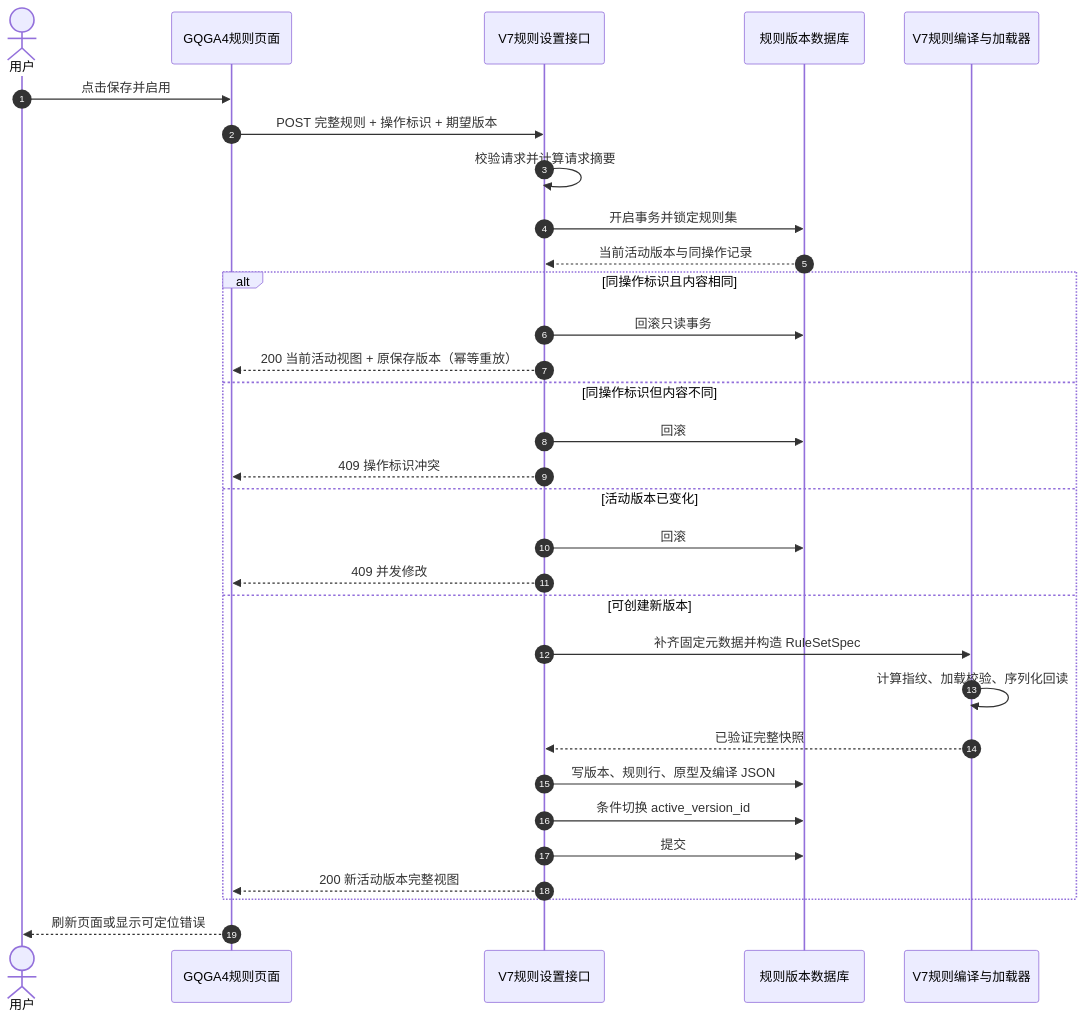
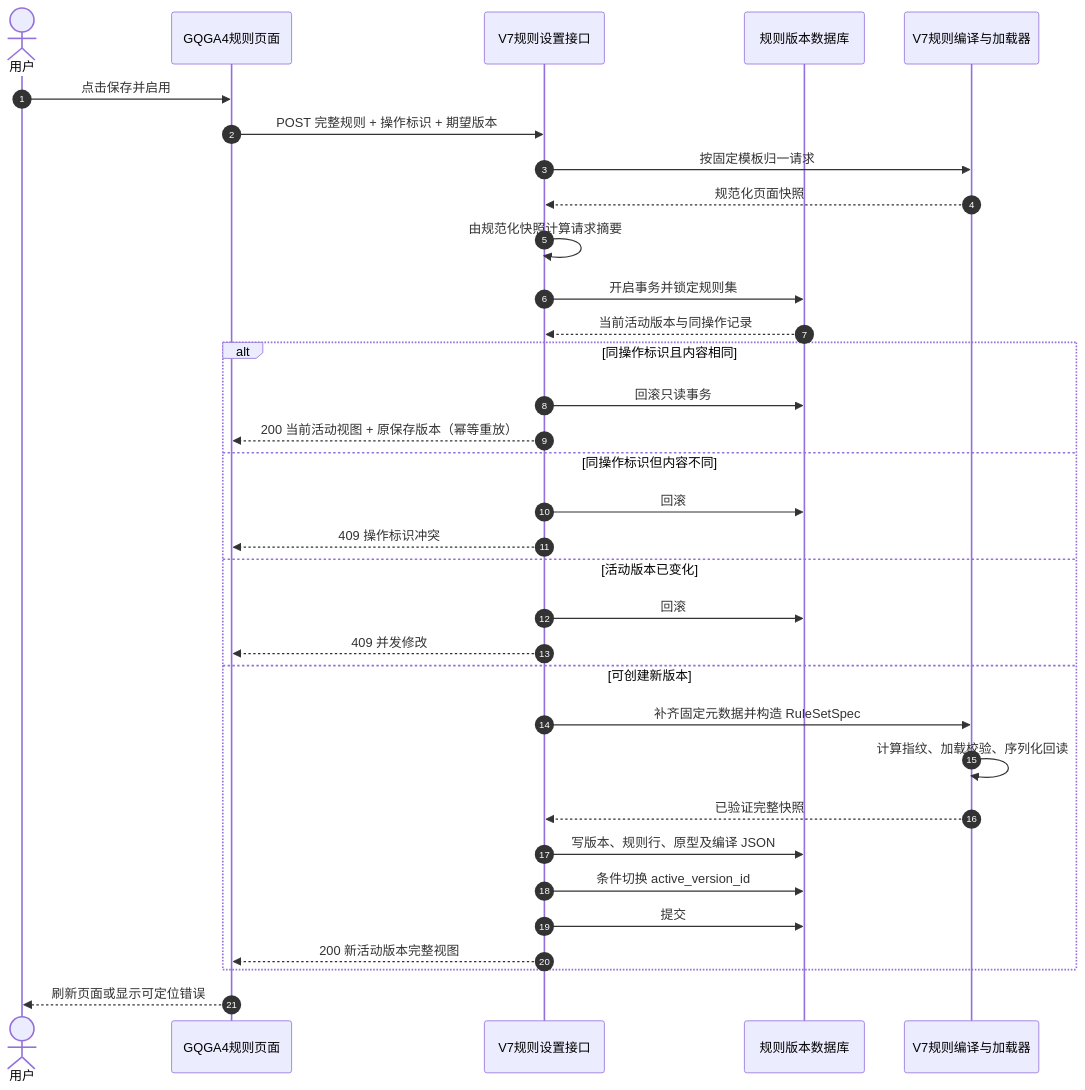
Before and after one commit to h3lper1024/APSGoV7: the diagram in docs/design/apsgo_v7_rule_setting_api_design.md, drawn with Mermaid. The commit also changed other lines of this file and 6 other files, not shown here.

````diff
--- a/docs/design/apsgo_v7_rule_setting_api_design.md
+++ b/docs/design/apsgo_v7_rule_setting_api_design.md
@@ -322,34 +324,36 @@
 ```mermaid
 sequenceDiagram
     autonumber
     actor User as 用户
     participant UI as GQGA4规则页面
     participant API as V7规则设置接口
     participant DB as 规则版本数据库
     participant Compiler as V7规则编译与加载器
 
     User->>UI: 点击保存并启用
     UI->>API: POST 完整规则 + 操作标识 + 期望版本
-    API->>API: 校验请求并计算请求摘要
+    API->>Compiler: 按固定模板归一请求
+    Compiler-->>API: 规范化页面快照
+    API->>API: 由规范化快照计算请求摘要
     API->>DB: 开启事务并锁定规则集
     DB-->>API: 当前活动版本与同操作记录
     alt 同操作标识且内容相同
         API->>DB: 回滚只读事务
         API-->>UI: 200 当前活动视图 + 原保存版本（幂等重放）
     else 同操作标识但内容不同
         API->>DB: 回滚
         API-->>UI: 409 操作标识冲突
     else 活动版本已变化
         API->>DB: 回滚
         API-->>UI: 409 并发修改
     else 可创建新版本
         API->>Compiler: 补齐固定元数据并构造 RuleSetSpec
         Compiler->>Compiler: 计算指纹、加载校验、序列化回读
         Compiler-->>API: 已验证完整快照
         API->>DB: 写版本、规则行、原型及编译 JSON
         API->>DB: 条件切换 active_version_id
         API->>DB: 提交
         API-->>UI: 200 新活动版本完整视图
     end
     UI-->>User: 刷新页面或显示可定位错误
 ```
````
